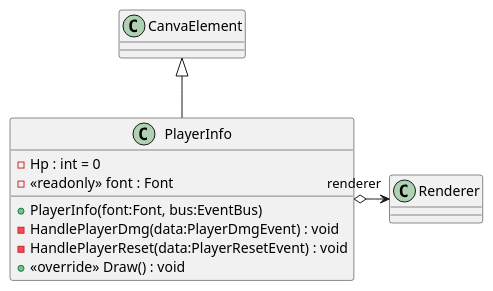
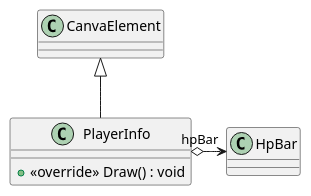
The diagram in uml/SweeperRpg/Src/UI/PlayerInfo.puml (Reroll-inc/sweeper-rpg), drawn with PlantUML before and after one commit. The commit also changed 31 other files, not shown here.

Commit message:
add workflow to publish and update uml

```diff
--- a/uml/SweeperRpg/Src/UI/PlayerInfo.puml
+++ b/uml/SweeperRpg/Src/UI/PlayerInfo.puml
@@ -1,10 +1,5 @@
 class PlayerInfo {
-    - Hp : int = 0
-    - <<readonly>> font : Font
-    + PlayerInfo(font:Font, bus:EventBus)
-    - HandlePlayerDmg(data:PlayerDmgEvent) : void
-    - HandlePlayerReset(data:PlayerResetEvent) : void
     + <<override>> Draw() : void
 }
 CanvaElement <|-- PlayerInfo
-PlayerInfo o-> "renderer" Renderer
+PlayerInfo o-> "hpBar" HpBar
```
